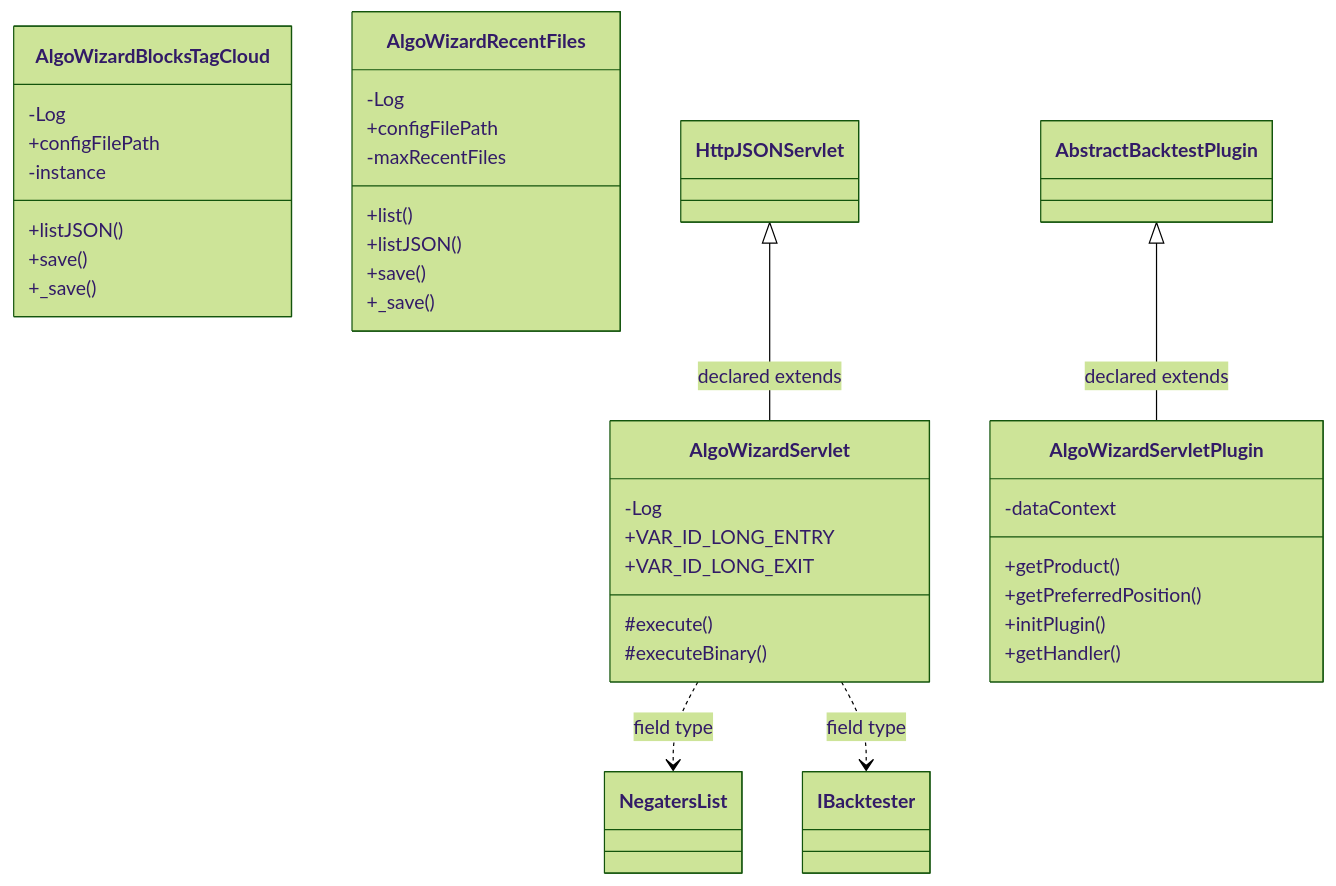
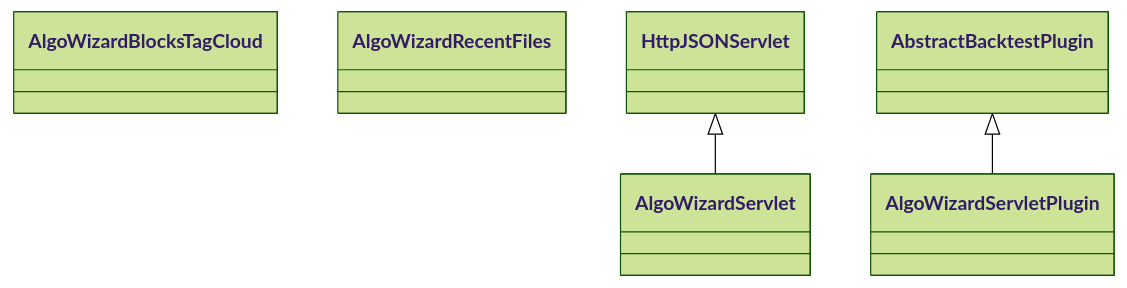
Before and after one commit to haruperi/HaruQuantAI: the diagram in docs/sqx/AlgoWizard/ServletAlgoWizard.md, drawn with Mermaid (forest theme). The commit also changed other lines of this file and 1688 other files, not shown here.

````diff
--- a/docs/sqx/AlgoWizard/ServletAlgoWizard.md
+++ b/docs/sqx/AlgoWizard/ServletAlgoWizard.md
@@ -30,42 +26,11 @@
 ```mermaid
 classDiagram
-    class C9e396d1a7240["AlgoWizardBlocksTagCloud"] {
-        -Log
-        +configFilePath
-        -instance
-        +listJSON()
-        +save()
-        +_save()
-    }
-    class Ca6add8e6f8e4["AlgoWizardRecentFiles"] {
-        -Log
-        +configFilePath
-        -maxRecentFiles
-        +list()
-        +listJSON()
-        +save()
-        +_save()
-    }
-    class C1e11cc070343["AlgoWizardServlet"] {
-        -Log
-        +VAR_ID_LONG_ENTRY
-        +VAR_ID_LONG_EXIT
-        #execute()
-        #executeBinary()
-    }
-    class Ce758736e71af["AlgoWizardServletPlugin"] {
-        -dataContext
-        +getProduct()
-        +getPreferredPosition()
-        +initPlugin()
-        +getHandler()
-    }
-    class C19300247f704["NegatersList"]
-    class Cc90fa75a7032["IBacktester"]
-    class C6aa41875025f["AbstractBacktestPlugin"]
-    class C8900f90ae594["HttpJSONServlet"]
-    C8900f90ae594 <|-- C1e11cc070343 : declared extends
-    C1e11cc070343 ..> C19300247f704 : field type
-    C1e11cc070343 ..> Cc90fa75a7032 : field type
-    C6aa41875025f <|-- Ce758736e71af : declared extends
+    class C0["AlgoWizardBlocksTagCloud"]
+    class C1["AlgoWizardRecentFiles"]
+    class C2["AlgoWizardServlet"]
+    class C3["AlgoWizardServletPlugin"]
+    class E0["HttpJSONServlet"]
+    E0 <|-- C2
+    class E1["AbstractBacktestPlugin"]
+    E1 <|-- C3
 ```
````
